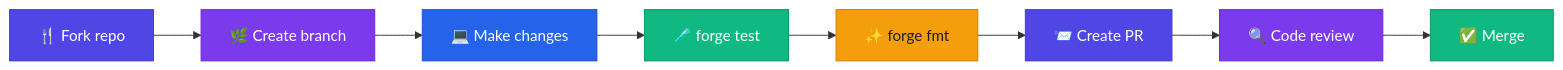
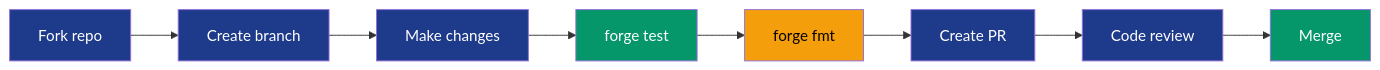
Before and after one commit to guglxni/the-fixer-hook: the diagram in CONTRIBUTING.md, drawn with Mermaid. The commit also changed 5 other files, not shown here.

Commit message:
Professional README architecture diagram, emoji cleanup, screenshot removal

````diff
--- a/CONTRIBUTING.md
+++ b/CONTRIBUTING.md
@@ -22,19 +22,19 @@
 ```mermaid
 flowchart LR
-    Fork["🍴 Fork repo"] --> Branch["🌿 Create branch"]
-    Branch --> Code["💻 Make changes"]
-    Code --> Test["🧪 forge test"]
-    Test --> Fmt["✨ forge fmt"]
-    Fmt --> PR["📨 Create PR"]
-    PR --> Review["🔍 Code review"]
-    Review --> Merge["✅ Merge"]
+    Fork["Fork repo"] --> Branch["Create branch"]
+    Branch --> Code["Make changes"]
+    Code --> Test["forge test"]
+    Test --> Fmt["forge fmt"]
+    Fmt --> PR["Create PR"]
+    PR --> Review["Code review"]
+    Review --> Merge["Merge"]
 
-    style Fork fill:#4F46E5,color:#FFFFFF,stroke:#4338CA
-    style Branch fill:#7C3AED,color:#FFFFFF,stroke:#6D28D9
-    style Code fill:#2563EB,color:#FFFFFF,stroke:#1D4ED8
-    style Test fill:#10B981,color:#FFFFFF,stroke:#059669
-    style Fmt fill:#F59E0B,color:#1E1E2E,stroke:#D97706
-    style PR fill:#4F46E5,color:#FFFFFF,stroke:#4338CA
-    style Review fill:#7C3AED,color:#FFFFFF,stroke:#6D28D9
-    style Merge fill:#10B981,color:#FFFFFF,stroke:#059669
+    style Fork fill:#1e3a8a,color:#fff
+    style Branch fill:#1e3a8a,color:#fff
+    style Code fill:#1e3a8a,color:#fff
+    style Test fill:#059669,color:#fff
+    style Fmt fill:#f59e0b,color:#000
+    style PR fill:#1e3a8a,color:#fff
+    style Review fill:#1e3a8a,color:#fff
+    style Merge fill:#059669,color:#fff
 ```
````
